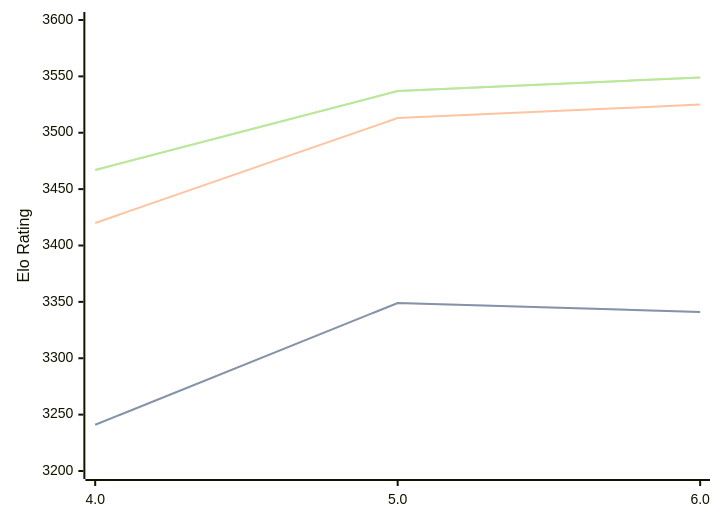
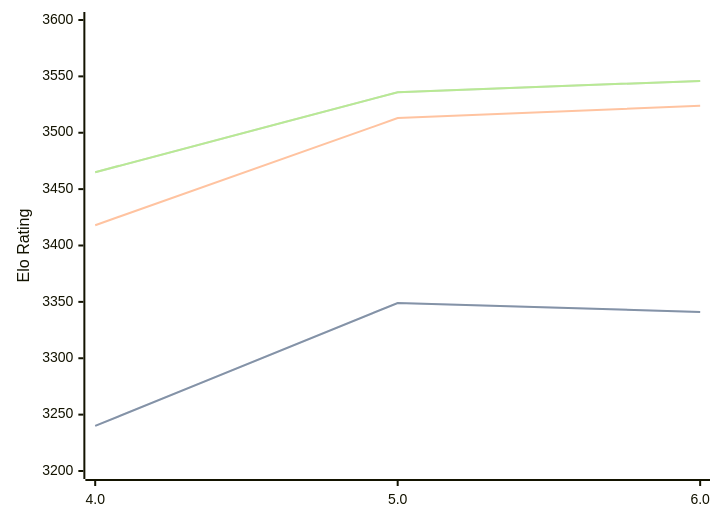
One commit to computer-chess-index/cci changed the first of 3 diagrams in engines/Tarnished.md. Above: the diagram before and after it, drawn with Mermaid. The commit also changed other lines of this file, not shown here.

Commit message:
Update CCI Ratings (ELO VLTC) - 2026-06-27

````diff
--- a/engines/Tarnished.md
+++ b/engines/Tarnished.md
@@ -37,11 +37,11 @@
 ```mermaid
 %%{init: {"theme":"base","themeVariables":{"seriesColors:['#a3a3a3','#222221','#faa371']}}}%%
 xychart-beta
   x-axis ["4.0", "5.0", "6.0"]
   y-axis "Elo Rating" 3200 --> 3600
-  line "STC (8.0+0.08s)" [3241, 3349, 3341]
-  line "STC (8.0+0.08s)" [3241, 3349, 3341]
-  line "LTC (60.0+0.60s)" [3420, 3513, 3525]
-  line "VLTC (2m24s+1.12s)" [3467, 3537, 3549]
-  line "VLTC (2m24s+1.12s)" [3467, 3537, 3549]
+  line "STC (8.0+0.08s)" [3240, 3349, 3341]
+  line "STC (8.0+0.08s)" [3240, 3349, 3341]
+  line "LTC (60.0+0.60s)" [3418, 3513, 3524]
+  line "VLTC (2m24s+1.12s)" [3465, 3536, 3546]
+  line "VLTC (2m24s+1.12s)" [3465, 3536, 3546]
 ```
````
